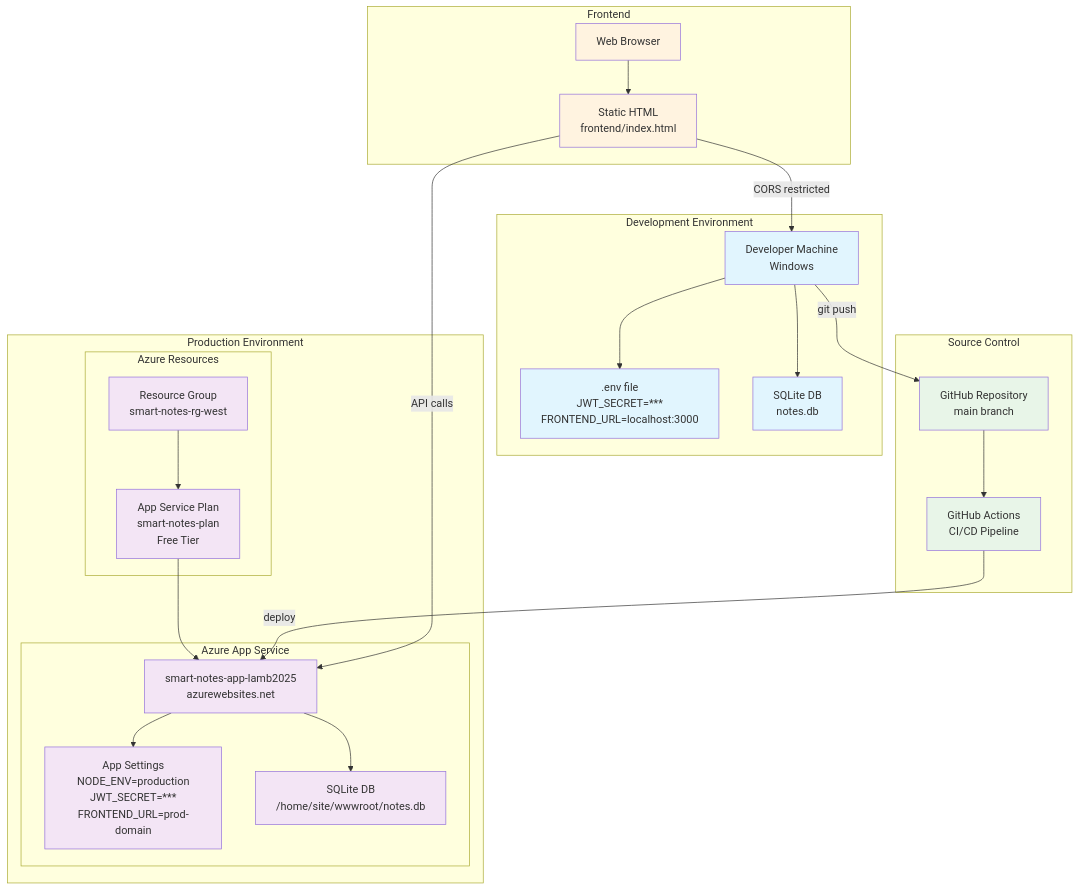
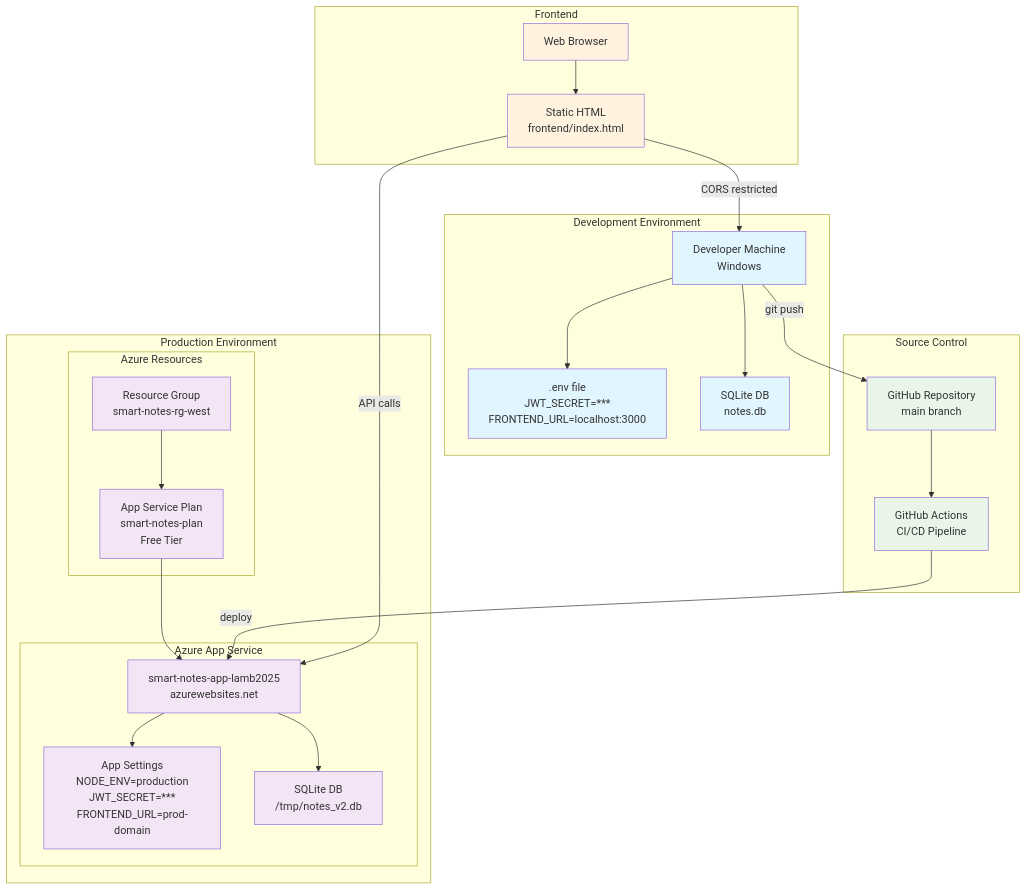
One commit to musicFlow9999/Smart-Note-Taking-Web-App-Implementation-Guide changed the first of 4 diagrams in README.md. Above: the diagram before and after it, drawn with Mermaid. The commit also changed other lines of this file and 5 other files, not shown here.

````diff
--- a/README.md
+++ b/README.md
@@ -14,54 +14,54 @@
 ```mermaid
 graph TB
     subgraph "Development Environment"
         DEV[Developer Machine<br/>Windows]
         DEV_ENV[".env file<br/>JWT_SECRET=***<br/>FRONTEND_URL=localhost:3000"]
         DEV_DB[SQLite DB<br/>notes.db]
         DEV --> DEV_ENV
         DEV --> DEV_DB
     end
 
     subgraph "Source Control"
         GITHUB[GitHub Repository<br/>main branch]
         ACTIONS[GitHub Actions<br/>CI/CD Pipeline]
         GITHUB --> ACTIONS
     end
 
     subgraph "Production Environment"
         subgraph "Azure App Service"
             WEBAPP[smart-notes-app-lamb2025<br/>azurewebsites.net]
             PROD_ENV[App Settings<br/>NODE_ENV=production<br/>JWT_SECRET=***<br/>FRONTEND_URL=prod-domain]
-            PROD_DB[SQLite DB<br/>/home/site/wwwroot/notes.db]
+            PROD_DB[SQLite DB<br/>/tmp/notes_v2.db]
             WEBAPP --> PROD_ENV
             WEBAPP --> PROD_DB
         end
         
         subgraph "Azure Resources"
             RG[Resource Group<br/>smart-notes-rg-west]
             PLAN[App Service Plan<br/>smart-notes-plan<br/>Free Tier]
             RG --> PLAN
             PLAN --> WEBAPP
         end
     end
 
     subgraph "Frontend"
         BROWSER[Web Browser]
         FRONTEND[Static HTML<br/>frontend/index.html]
         BROWSER --> FRONTEND
     end
 
     DEV -->|git push| GITHUB
     ACTIONS -->|deploy| WEBAPP
     FRONTEND -->|API calls| WEBAPP
     FRONTEND -->|CORS restricted| DEV
 
     classDef dev fill:#e1f5fe
     classDef prod fill:#f3e5f5
     classDef source fill:#e8f5e8
     classDef frontend fill:#fff3e0
 
     class DEV,DEV_ENV,DEV_DB dev
     class WEBAPP,PROD_ENV,PROD_DB,RG,PLAN prod
     class GITHUB,ACTIONS source
     class BROWSER,FRONTEND frontend
 ```
````
